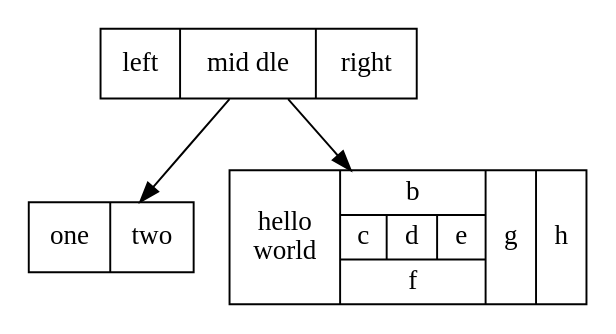
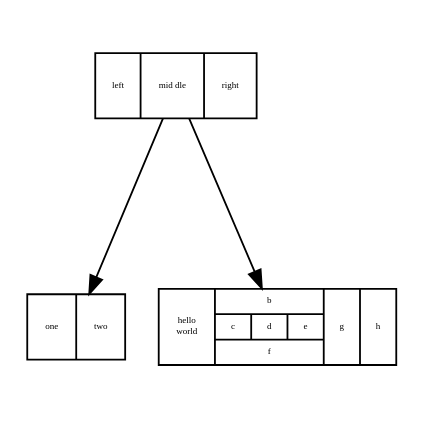
Before and after one commit to maj-biostat/maj-biostat.github.io: the third of 3 diagrams in notebooks/graphviz.qmd, drawn with Graphviz. The commit also changed other lines of this file and 22 other files, not shown here.

Commit message:
Add r integration example via diagrammer

````diff
--- a/notebooks/graphviz.qmd
+++ b/notebooks/graphviz.qmd
@@ -82,17 +89,16 @@
 ```{dot}
 //| echo: true
 //| label: fig-3
 //| fig-cap: 'Example of dot graph with nested attributes and comments'
 
-
 digraph structs {
-node [shape=record];
-  size ="3,3";
+  size ="2,2"; ratio=fill;
+node [shape=record,fontsize=5];
   struct1 [shape=record,label="<f0> left|<f1> mid\ dle|<f2> right"];
   struct2 [shape=record,label="<f0> one|<f1> two"];
   struct3 [shape=record,label="hello\nworld |{ b |{c|<here> d|e}| f}| g | h"];
   struct1 -> struct2;
   struct1 -> struct3;
 }
 
 ```
````
